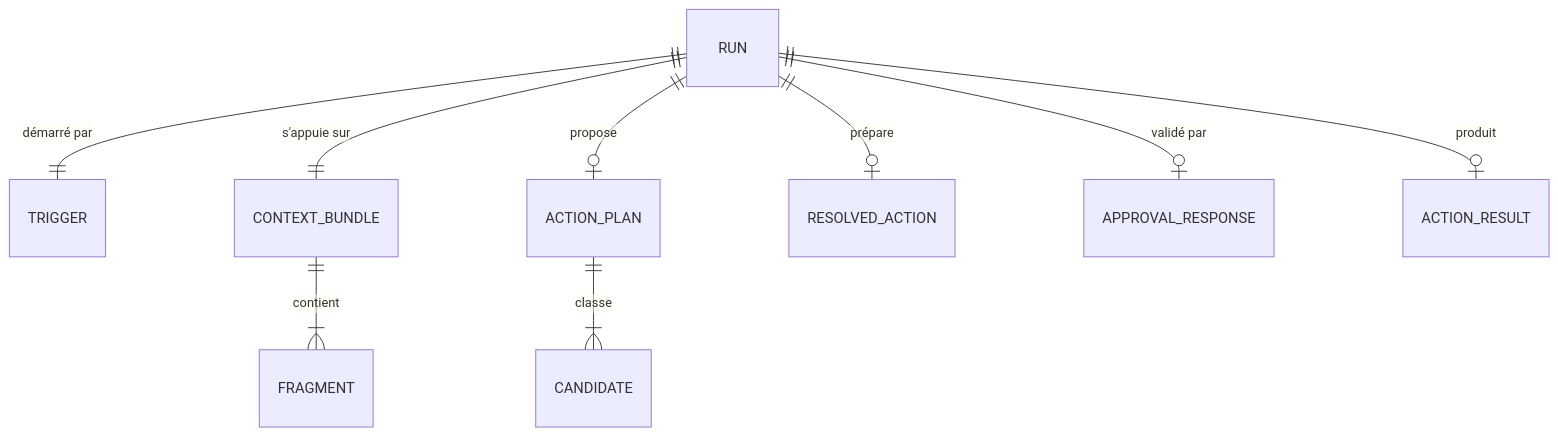
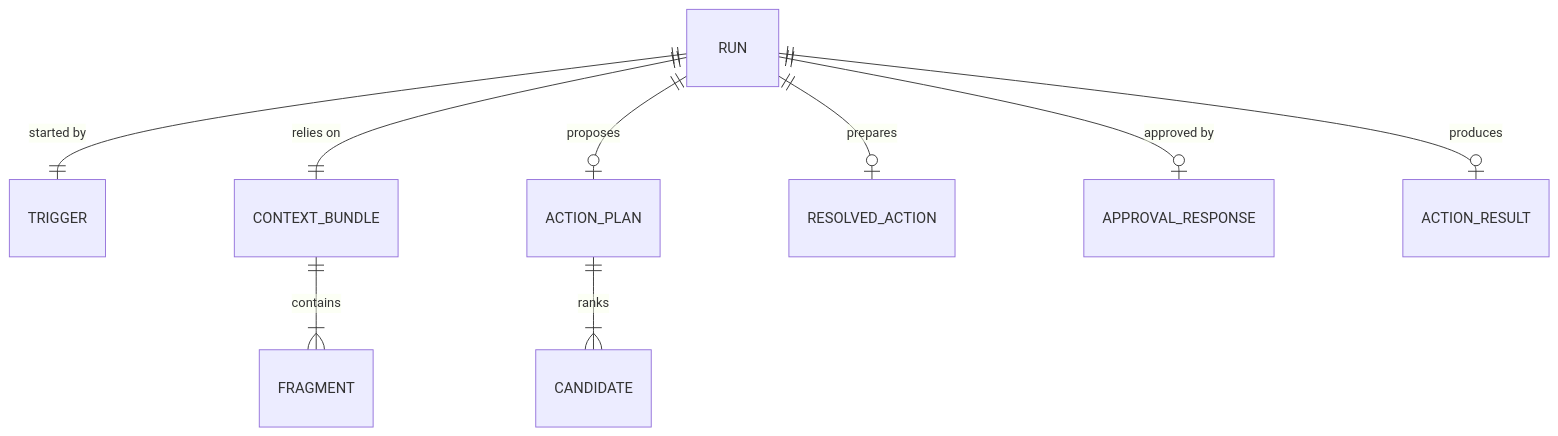
The third of 3 diagrams in docs/architecture.md (ramosleandre/bloom-core), drawn with Mermaid before and after one commit. The commit also changed other lines of this file and 67 other files, not shown here.

````diff
--- a/docs/architecture.md
+++ b/docs/architecture.md
@@ -116,11 +116,11 @@
 ```mermaid
 erDiagram
-    RUN ||--|| TRIGGER : "démarré par"
-    RUN ||--|| CONTEXT_BUNDLE : "s'appuie sur"
-    CONTEXT_BUNDLE ||--|{ FRAGMENT : contient
-    RUN ||--o| ACTION_PLAN : propose
-    ACTION_PLAN ||--|{ CANDIDATE : classe
-    RUN ||--o| RESOLVED_ACTION : prépare
-    RUN ||--o| APPROVAL_RESPONSE : "validé par"
-    RUN ||--o| ACTION_RESULT : produit
+    RUN ||--|| TRIGGER : "started by"
+    RUN ||--|| CONTEXT_BUNDLE : "relies on"
+    CONTEXT_BUNDLE ||--|{ FRAGMENT : contains
+    RUN ||--o| ACTION_PLAN : proposes
+    ACTION_PLAN ||--|{ CANDIDATE : ranks
+    RUN ||--o| RESOLVED_ACTION : prepares
+    RUN ||--o| APPROVAL_RESPONSE : "approved by"
+    RUN ||--o| ACTION_RESULT : produces
 ```
````
